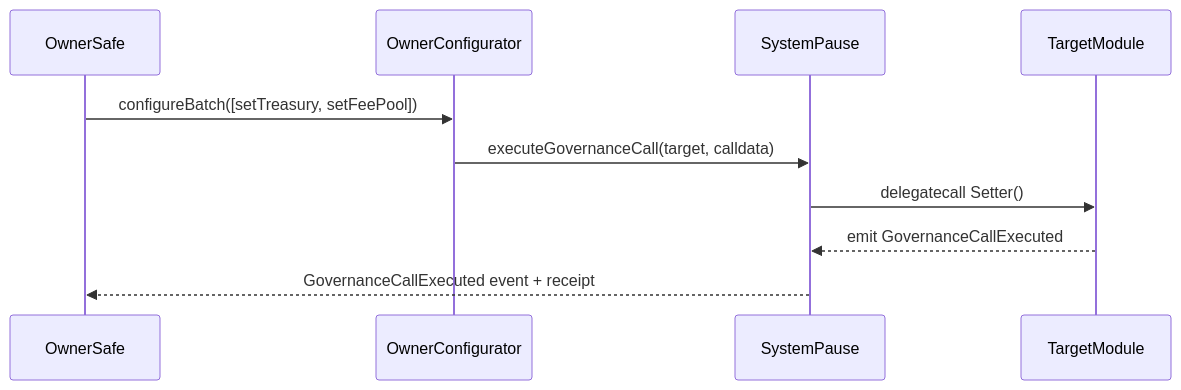
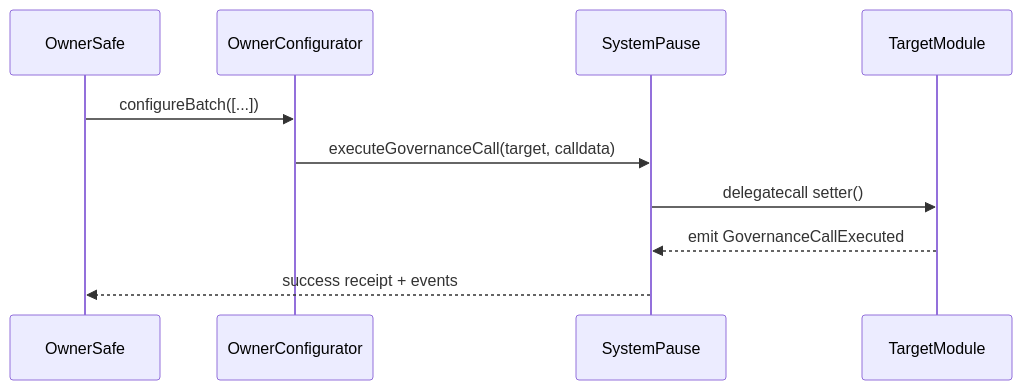
Before and after one commit to MontrealAI/agijobs-sovereign-labor-v0p1: the third of 4 diagrams in deploy/README.md, drawn with Mermaid. The commit also changed other lines of this file, not shown here.

````diff
--- a/deploy/README.md
+++ b/deploy/README.md
@@ -270,12 +265,12 @@
 ```mermaid
 sequenceDiagram
     participant OwnerSafe
-    participant OwnerConfigurator
-    participant SystemPause
+    participant Configurator as OwnerConfigurator
+    participant Pause as SystemPause
     participant TargetModule
-    OwnerSafe->>OwnerConfigurator: configureBatch([setTreasury, setFeePool])
-    OwnerConfigurator->>SystemPause: executeGovernanceCall(target, calldata)
-    SystemPause->>TargetModule: delegatecall Setter()
-    TargetModule-->>SystemPause: emit GovernanceCallExecuted
-    SystemPause-->>OwnerSafe: GovernanceCallExecuted event + receipt
+    OwnerSafe->>Configurator: configureBatch([...])
+    Configurator->>Pause: executeGovernanceCall(target, calldata)
+    Pause->>TargetModule: delegatecall setter()
+    TargetModule-->>Pause: emit GovernanceCallExecuted
+    Pause-->>OwnerSafe: success receipt + events
 ```
````
